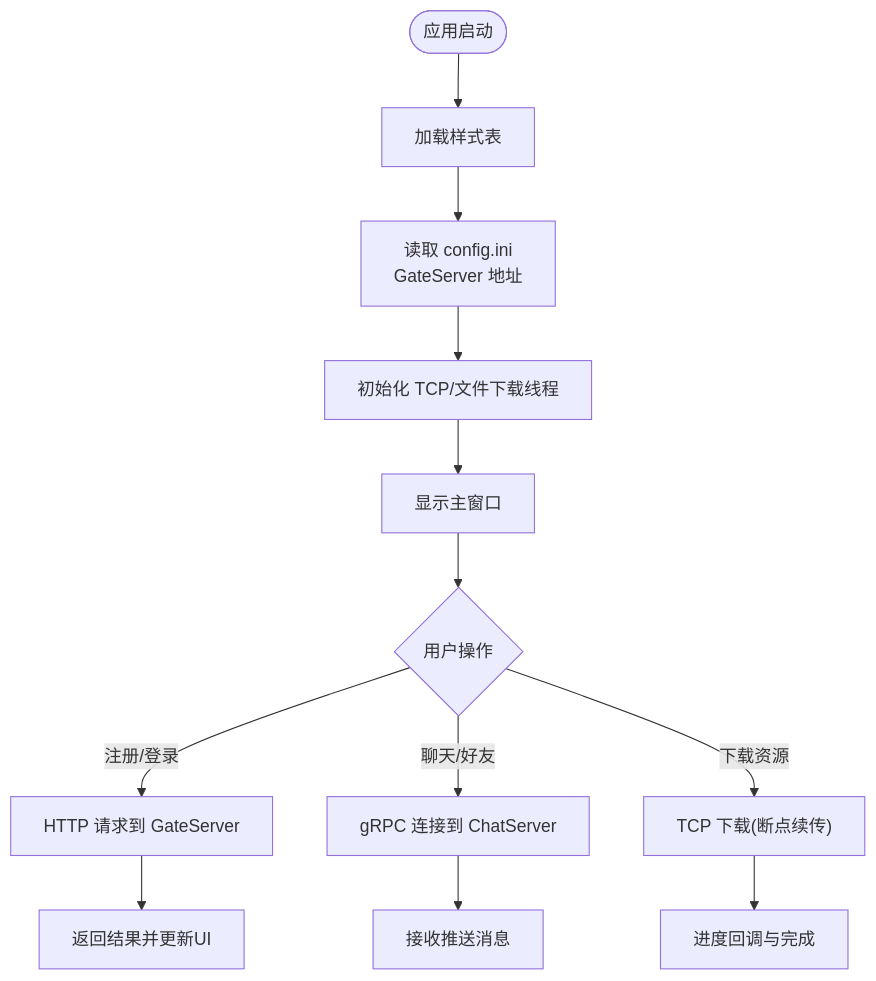
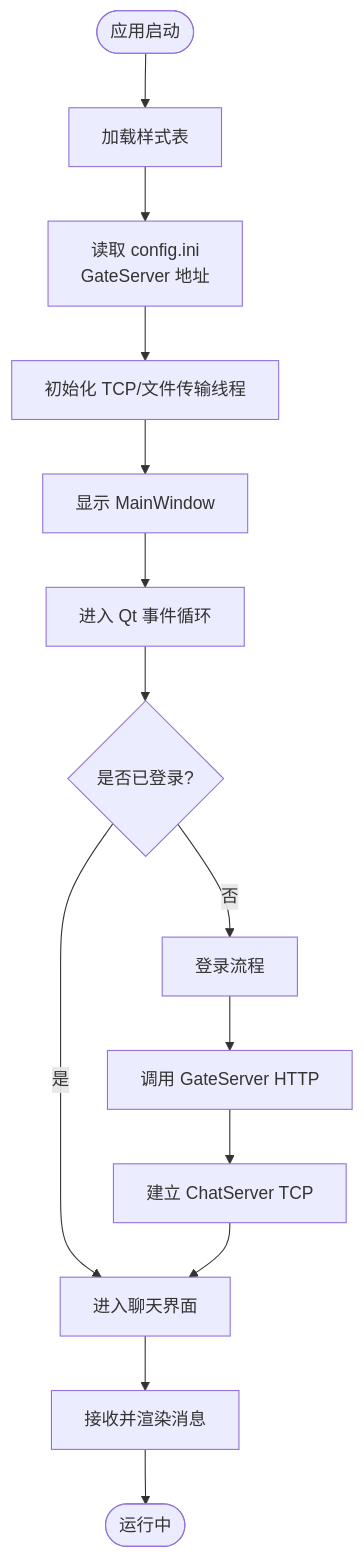
One commit to echo9923/mychatter changed the third of 9 diagrams in .qoder/repowiki/zh/content/项目概述/项目概述.md. Above: the diagram before and after it, drawn with Mermaid. The commit also changed other lines of this file and 526 other files, not shown here.

````diff
--- a/.qoder/repowiki/zh/content/项目概述/项目概述.md
+++ b/.qoder/repowiki/zh/content/项目概述/项目概述.md
@@ -178,14 +157,16 @@
 ```mermaid
 flowchart TD
 Start(["应用启动"]) --> LoadStyle["加载样式表"]
 LoadStyle --> ReadConfig["读取 config.ini<br/>GateServer 地址"]
-ReadConfig --> InitThreads["初始化 TCP/文件下载线程"]
-InitThreads --> ShowUI["显示主窗口"]
-ShowUI --> UserAction{"用户操作"}
-UserAction --> |注册/登录| HTTPCall["HTTP 请求到 GateServer"]
-UserAction --> |聊天/好友| GRPCCall["gRPC 连接到 ChatServer"]
-UserAction --> |下载资源| TCPDownload["TCP 下载(断点续传)"]
-HTTPCall --> Result["返回结果并更新UI"]
-GRPCCall --> PushMsg["接收推送消息"]
-TCPDownload --> Progress["进度回调与完成"]
+ReadConfig --> InitThreads["初始化 TCP/文件传输线程"]
+InitThreads --> ShowUI["显示 MainWindow"]
+ShowUI --> EventLoop["进入 Qt 事件循环"]
+EventLoop --> HandleLogin{"是否已登录?"}
+HandleLogin --> |否| LoginFlow["登录流程"]
+HandleLogin --> |是| ChatFlow["进入聊天界面"]
+LoginFlow --> Auth["调用 GateServer HTTP"]
+Auth --> ConnectChat["建立 ChatServer TCP"]
+ConnectChat --> ChatFlow
+ChatFlow --> ReceiveMsg["接收并渲染消息"]
+ReceiveMsg --> End(["运行中"])
 ```
````
